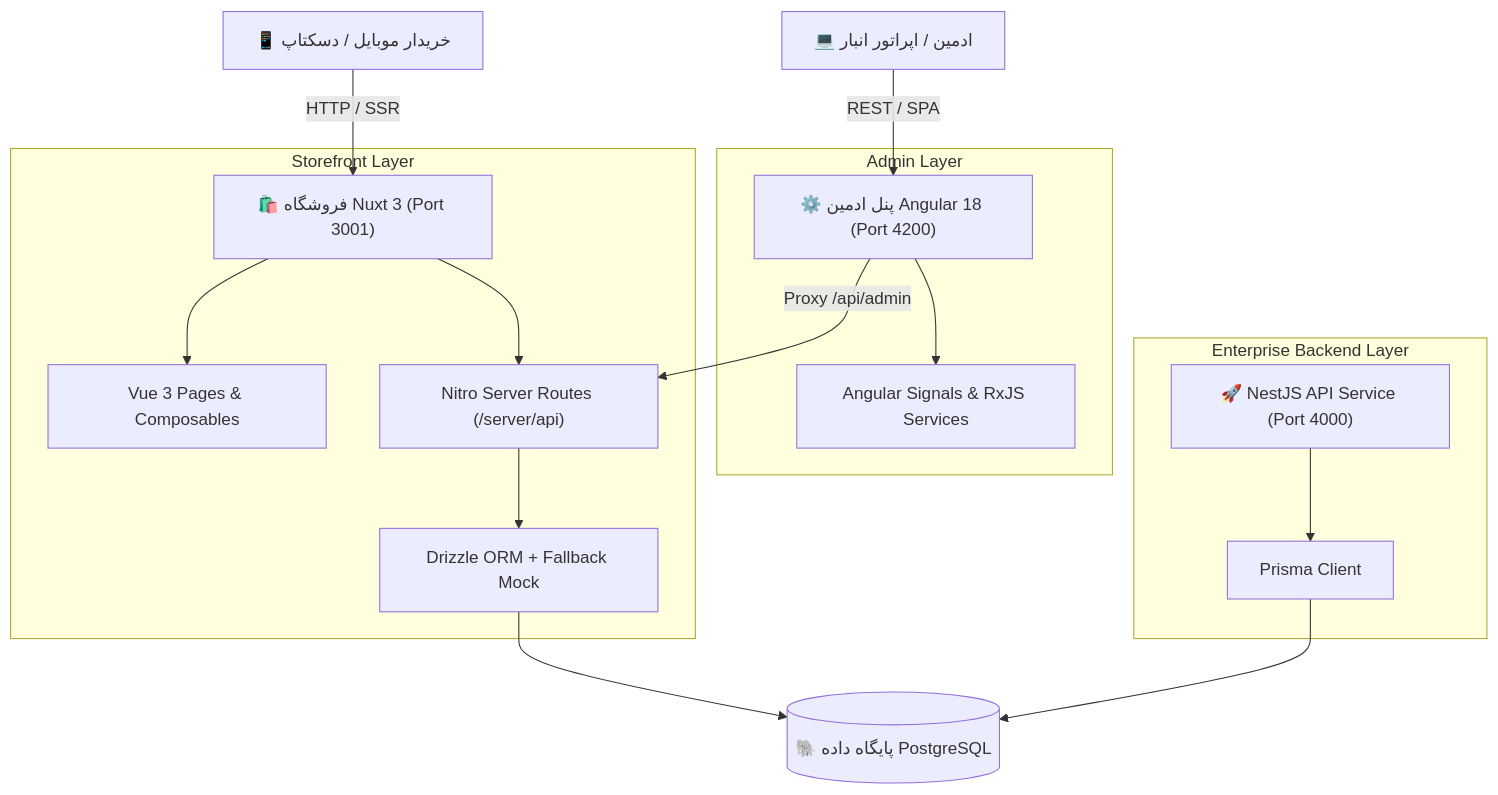
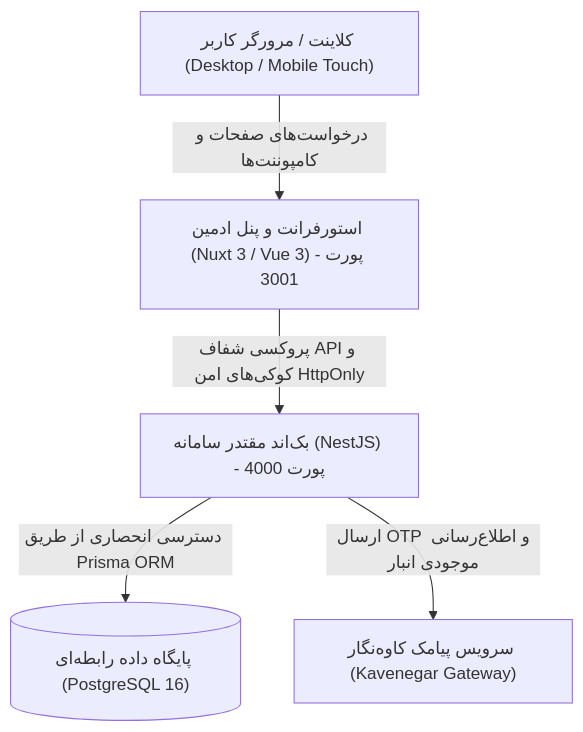
The diagram in docs/ARCHITECTURE.md (Armindark1010/vape2), drawn with Mermaid before and after one commit. The commit also changed other lines of this file and 297 other files, not shown here.

Commit message:
feat: complete Nuxt 3 storefront & admin consolidation, Vercel deployment support and NestJS backend integration

````diff
--- a/docs/ARCHITECTURE.md
+++ b/docs/ARCHITECTURE.md
@@ -7,24 +11,13 @@
 ```mermaid
-graph TD
-    ClientMobile["📱 خریدار موبایل / دسکتاپ"] -->|HTTP / SSR| NuxtStore["🛍️ فروشگاه Nuxt 3 (Port 3001)"]
-    AdminUser["💻 ادمین / اپراتور انبار"] -->|REST / SPA| AngularAdmin["⚙️ پنل ادمین Angular 18 (Port 4200)"]
-    
-    subgraph Storefront Layer
-        NuxtStore --> NuxtPages["Vue 3 Pages & Composables"]
-        NuxtStore --> NitroAPI["Nitro Server Routes (/server/api)"]
-        NitroAPI --> DrizzleORM["Drizzle ORM + Fallback Mock"]
-    end
+flowchart TD
+    Client["کلاینت / مرورگر کاربر (Desktop / Mobile Touch)"]
+    Nuxt["استورفرانت و پنل ادمین (Nuxt 3 / Vue 3) - پورت 3001"]
+    NestJS["بک‌اند مقتدر سامانه (NestJS) - پورت 4000"]
+    PostgreSQL[("پایگاه داده رابطه‌ای (PostgreSQL 16)")]
+    SMS["سرویس پیامک کاوه‌نگار (Kavenegar Gateway)"]
 
-    subgraph Admin Layer
-        AngularAdmin --> CoreServices["Angular Signals & RxJS Services"]
-        AngularAdmin -->|Proxy /api/admin| NitroAPI
-    end
-
-    subgraph Enterprise Backend Layer
-        NestAPI["🚀 NestJS API Service (Port 4000)"]
-        NestAPI --> PrismaORM["Prisma Client"]
-    end
-
-    DrizzleORM --> PostgreSQL[("🐘 پایگاه داده PostgreSQL")]
-    PrismaORM --> PostgreSQL
+    Client -->|درخواست‌های صفحات و کامپوننت‌ها| Nuxt
+    Nuxt -->|پروکسی شفاف API و کوکی‌های امن HttpOnly| NestJS
+    NestJS -->|دسترسی انحصاری از طریق Prisma ORM| PostgreSQL
+    NestJS -->|ارسال OTP و اطلاع‌رسانی موجودی انبار| SMS
 ```
````
